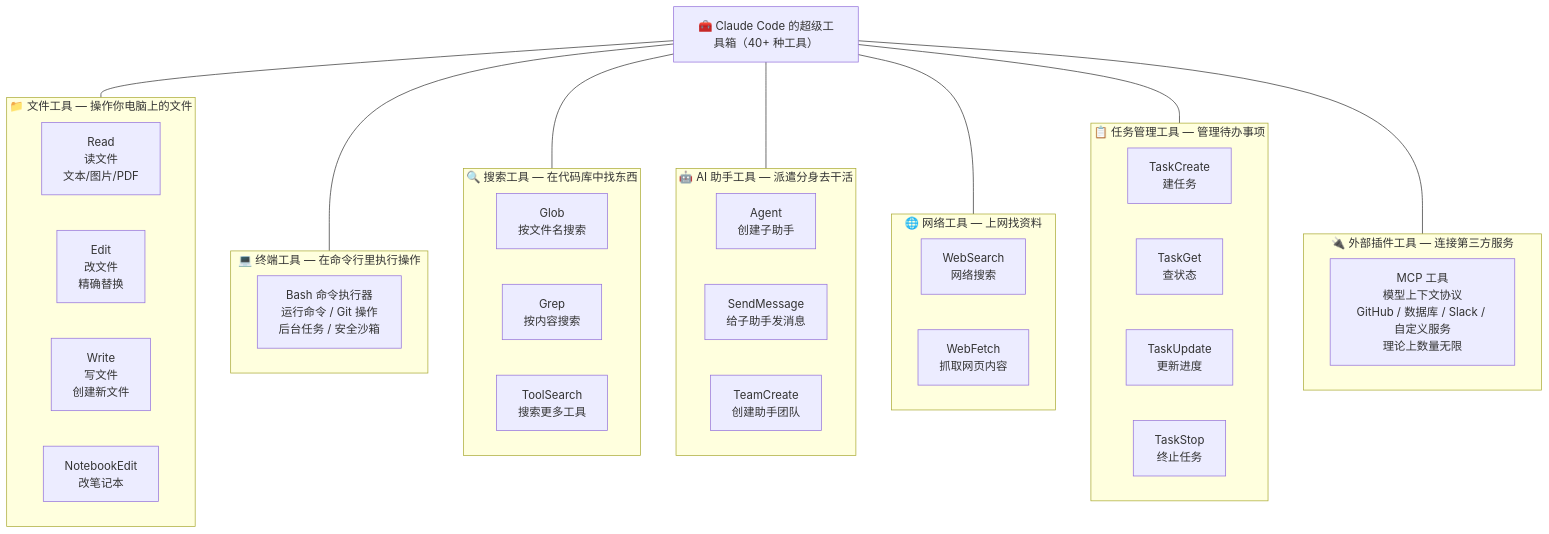
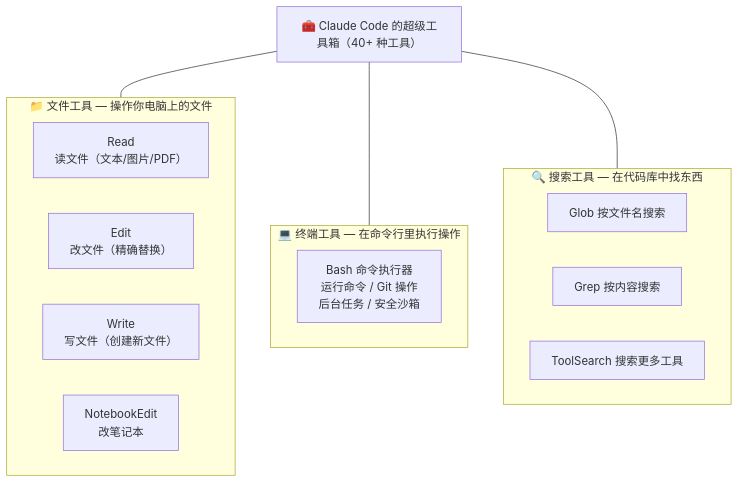
Before and after one commit to WSbaikaishui/claude-code-source-code: the third of 16 diagrams in docs/architecture/00-visual-guide.md, drawn with Mermaid. The commit also changed other lines of this file and 73 other files, not shown here.

First line of the commit message:
Fix all Mermaid diagrams: restore semantics + fix dimensions

````diff
--- a/docs/architecture/00-visual-guide.md
+++ b/docs/architecture/00-visual-guide.md
@@ -102,51 +110,25 @@
 ```mermaid
 graph TD
     Title["🧰 Claude Code 的超级工具箱（40+ 种工具）"]
 
     subgraph file["📁 文件工具 — 操作你电脑上的文件"]
-        F1["Read<br>读文件<br>文本/图片/PDF"]
-        F2["Edit<br>改文件<br>精确替换"]
-        F3["Write<br>写文件<br>创建新文件"]
+        F1["Read<br>读文件（文本/图片/PDF）"]
+        F2["Edit<br>改文件（精确替换）"]
+        F3["Write<br>写文件（创建新文件）"]
         F4["NotebookEdit<br>改笔记本"]
     end
 
     subgraph terminal["💻 终端工具 — 在命令行里执行操作"]
         B1["Bash 命令执行器<br>运行命令 / Git 操作<br>后台任务 / 安全沙箱"]
     end
 
     subgraph search["🔍 搜索工具 — 在代码库中找东西"]
-        S1["Glob<br>按文件名搜索"]
-        S2["Grep<br>按内容搜索"]
-        S3["ToolSearch<br>搜索更多工具"]
-    end
-
-    subgraph agent["🤖 AI 助手工具 — 派遣分身去干活"]
-        A1["Agent<br>创建子助手"]
-        A2["SendMessage<br>给子助手发消息"]
-        A3["TeamCreate<br>创建助手团队"]
-    end
-
-    subgraph web["🌐 网络工具 — 上网找资料"]
-        W1["WebSearch<br>网络搜索"]
-        W2["WebFetch<br>抓取网页内容"]
-    end
-
-    subgraph task["📋 任务管理工具 — 管理待办事项"]
-        K1["TaskCreate<br>建任务"]
-        K2["TaskGet<br>查状态"]
-        K3["TaskUpdate<br>更新进度"]
-        K4["TaskStop<br>终止任务"]
-    end
-
-    subgraph mcp["🔌 外部插件工具 — 连接第三方服务"]
-        M1["MCP 工具<br>模型上下文协议<br>GitHub / 数据库 / Slack / 自定义服务<br>理论上数量无限"]
+        S1["Glob 按文件名搜索"]
+        S2["Grep 按内容搜索"]
+        S3["ToolSearch 搜索更多工具"]
     end
 
     Title --- file
     Title --- terminal
     Title --- search
-    Title --- agent
-    Title --- web
-    Title --- task
-    Title --- mcp
 ```
````
